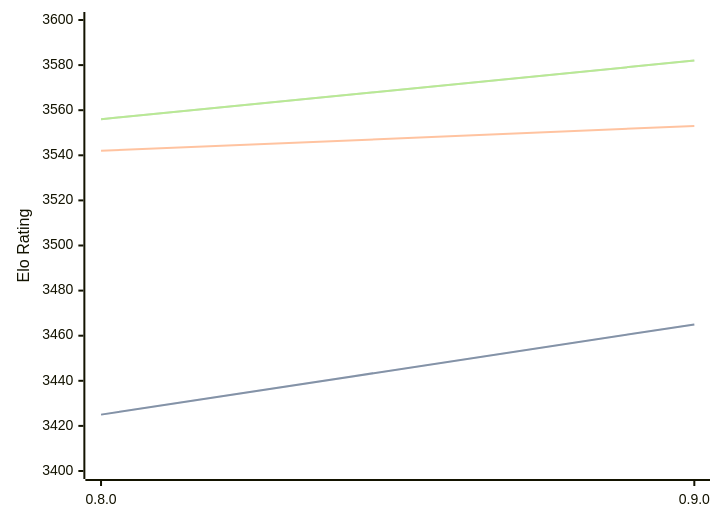
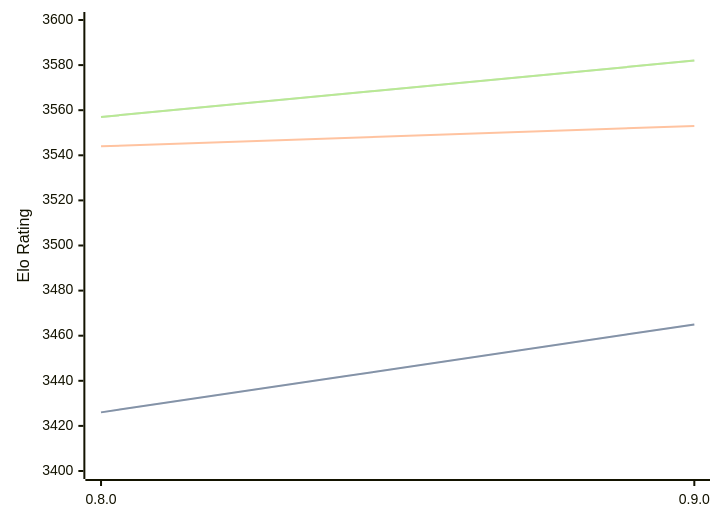
Before and after one commit to computer-chess-index/cci: the first of 3 diagrams in engines/Reckless.md, drawn with Mermaid. The commit also changed other lines of this file, not shown here.

Commit message:
Update CCI Ratings (ELO VLTC) - 2026-06-16

````diff
--- a/engines/Reckless.md
+++ b/engines/Reckless.md
@@ -39,11 +39,11 @@
 ```mermaid
 %%{init: {"theme":"base","themeVariables":{"seriesColors:['#a3a3a3','#222221','#faa371']}}}%%
 xychart-beta
   x-axis ["0.8.0", "0.9.0"]
   y-axis "Elo Rating" 3400 --> 3600
-  line "STC (8.0+0.08s)" [3425, 3465]
-  line "STC (8.0+0.08s)" [3425, 3465]
-  line "LTC (60.0+0.60s)" [3542, 3553]
-  line "VLTC (2m24s+1.12s)" [3556, 3582]
-  line "VLTC (2m24s+1.12s)" [3556, 3582]
+  line "STC (8.0+0.08s)" [3426, 3465]
+  line "STC (8.0+0.08s)" [3426, 3465]
+  line "LTC (60.0+0.60s)" [3544, 3553]
+  line "VLTC (2m24s+1.12s)" [3557, 3582]
+  line "VLTC (2m24s+1.12s)" [3557, 3582]
 ```
````
